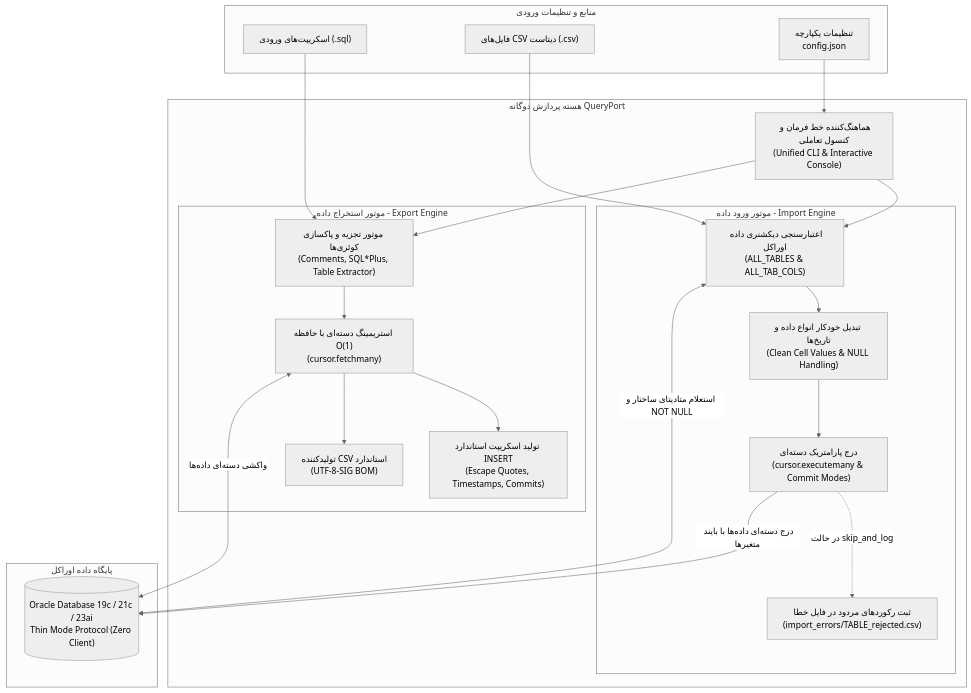
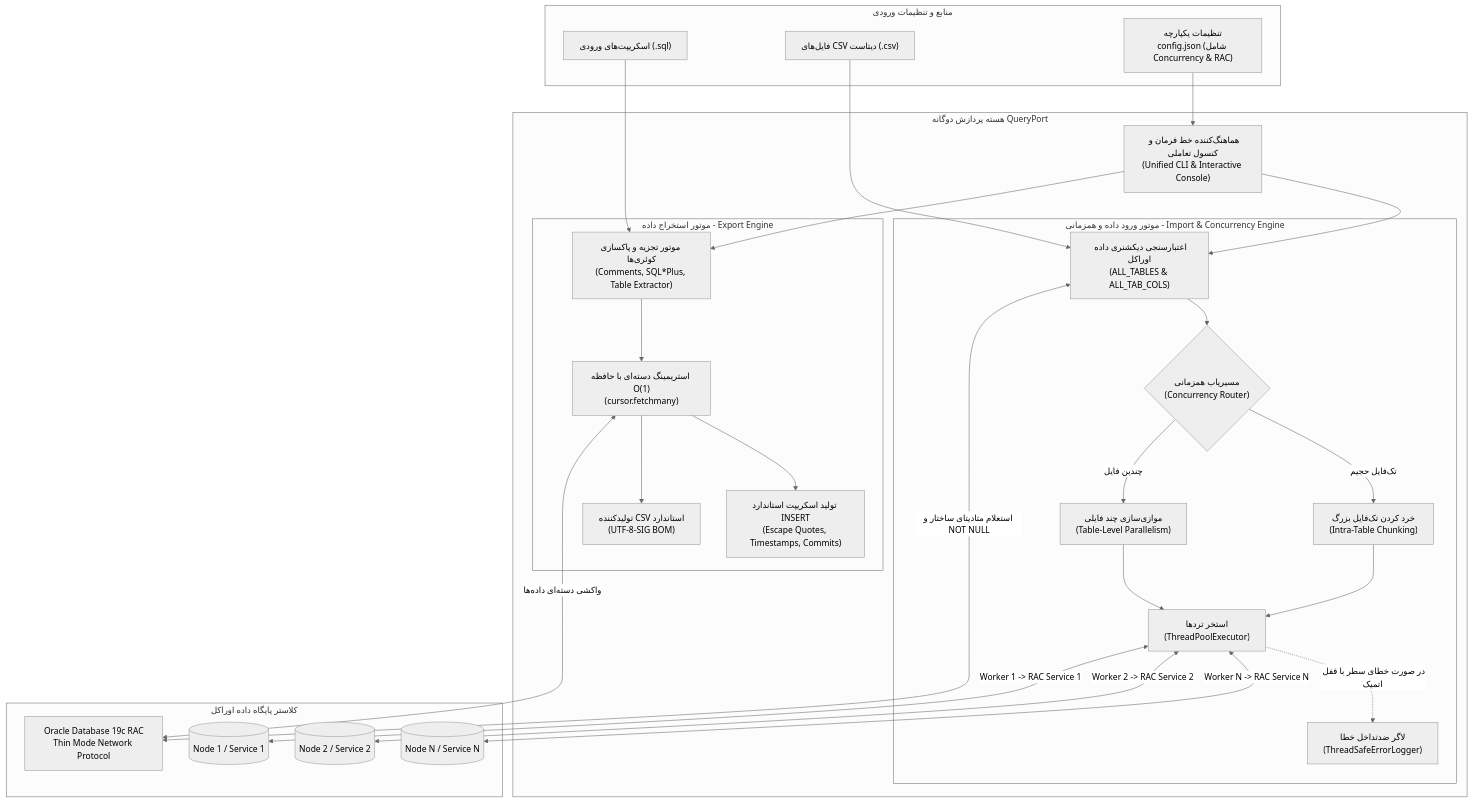
Before and after one commit to hamid-morsali-786/QueryPort: the diagram in README.md, drawn with Mermaid (neutral theme). The commit also changed other lines of this file and 1 other file, not shown here.

Commit message:
docs: enrich architecture diagrams, feature comparison, and enterprise rac guide

````diff
--- a/README.md
+++ b/README.md
@@ -120,48 +122,56 @@
 ```mermaid
 flowchart TD
     subgraph منابع و تنظیمات ورودی
         SQLIn["اسکریپت‌های ورودی (.sql)"]
         CSVIn["فایل‌های CSV دیتاست (.csv)"]
-        Config["تنظیمات یکپارچه<br/>config.json"]
+        Config["تنظیمات یکپارچه<br/>config.json (شامل Concurrency & RAC)"]
     end
 
     subgraph هسته پردازش دوگانه QueryPort
         CLI["هماهنگ‌کننده خط فرمان و کنسول تعاملی<br/>(Unified CLI & Interactive Console)"]
         
         subgraph موتور استخراج داده - Export Engine
             Parser["موتور تجزیه و پاکسازی کوئری‌ها<br/>(Comments, SQL*Plus, Table Extractor)"]
             StreamExp["استریمینگ دسته‌ای با حافظه O(1)<br/>(cursor.fetchmany)"]
             CSVGen["تولیدکننده CSV استاندارد<br/>(UTF-8-SIG BOM)"]
             SQLGen["تولید اسکریپت استاندارد INSERT<br/>(Escape Quotes, Timestamps, Commits)"]
         end
 
-        subgraph موتور ورود داده - Import Engine
+        subgraph موتور ورود داده و همزمانی - Import & Concurrency Engine
             Validator["اعتبارسنجی دیکشنری داده اوراکل<br/>(ALL_TABLES & ALL_TAB_COLS)"]
-            Cleaner["تبدیل خودکار انواع داده و تاریخ‌ها<br/>(Clean Cell Values & NULL Handling)"]
-            Batcher["درج پارامتریک دسته‌ای<br/>(cursor.executemany & Commit Modes)"]
-            ErrLog["ثبت رکوردهای مردود در فایل خطا<br/>(import_errors/TABLE_rejected.csv)"]
+            Router{"مسیریاب همزمانی<br/>(Concurrency Router)"}
+            MultiFile["موازی‌سازی چند فایلی<br/>(Table-Level Parallelism)"]
+            Chunking["خرد کردن تک‌فایل بزرگ<br/>(Intra-Table Chunking)"]
+            ThreadPool["استخر تردها<br/>(ThreadPoolExecutor)"]
+            ErrLog["لاگر ضدتداخل خطا<br/>(ThreadSafeErrorLogger)"]
         end
     end
 
-    subgraph پایگاه داده اوراکل
-        Oracle[("Oracle Database 19c / 21c / 23ai<br/>Thin Mode Protocol (Zero Client)")]
+    subgraph کلاستر پایگاه داده اوراکل
+        RAC["Oracle Database 19c RAC<br/>Thin Mode Network Protocol"]
+        Node1[("Node 1 / Service 1")]
+        Node2[("Node 2 / Service 2")]
+        NodeN[("Node N / Service N")]
     end
 
     Config --> CLI
     SQLIn --> Parser
     CSVIn --> Validator
 
     CLI --> Parser
     CLI --> Validator
 
     Parser --> StreamExp
-    StreamExp <-->|"واکشی دسته‌ای داده‌ها"| Oracle
+    StreamExp <-->|"واکشی دسته‌ای داده‌ها"| RAC
     StreamExp --> CSVGen
     StreamExp --> SQLGen
 
-    Validator <-->|"استعلام متادیتای ساختار و NOT NULL"| Oracle
-    Validator --> Cleaner
-    Cleaner --> Batcher
-    Batcher -->|"درج دسته‌ای داده‌ها با بایند متغیرها"| Oracle
-    Batcher -.->|"در حالت skip_and_log"| ErrLog
+    Validator <-->|"استعلام متادیتای ساختار و NOT NULL"| RAC
+    Validator --> Router
+    Router -->|"چندین فایل"| MultiFile --> ThreadPool
+    Router -->|"تک‌فایل حجیم"| Chunking --> ThreadPool
+    ThreadPool <-->|"Worker 1 -> RAC Service 1"| Node1
+    ThreadPool <-->|"Worker 2 -> RAC Service 2"| Node2
+    ThreadPool <-->|"Worker N -> RAC Service N"| NodeN
+    ThreadPool -.->|"در صورت خطای سطر با قفل اتمیک"| ErrLog
 ```
````
